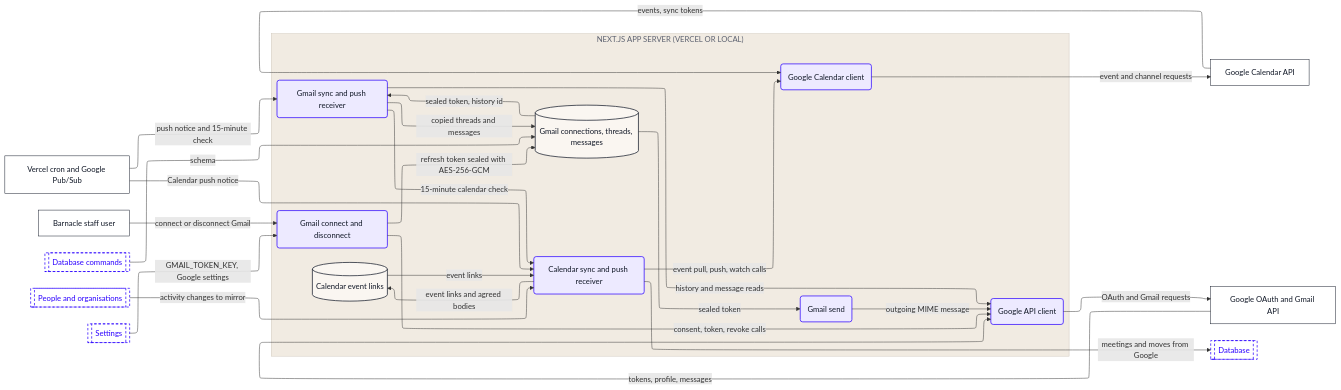
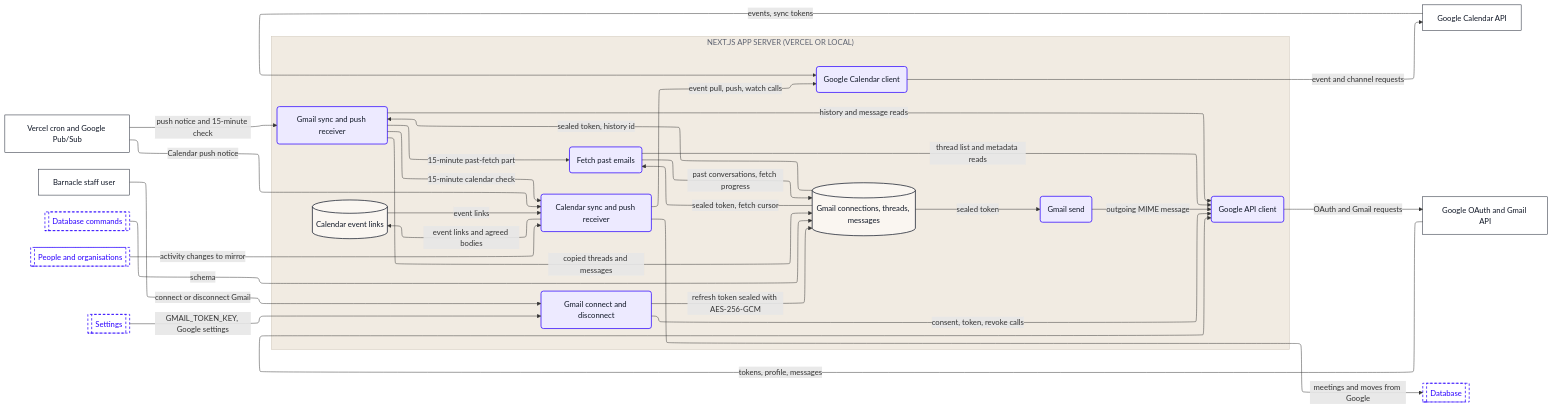
The ninth of 16 diagrams in dataflow/DATAFLOW.md (Romain-Perche/Barnacle-Pipe), drawn with Mermaid before and after one commit. The commit also changed other lines of this file and 7 other files, not shown here.

````diff
--- a/dataflow/DATAFLOW.md
+++ b/dataflow/DATAFLOW.md
@@ -574,58 +574,63 @@
 ```mermaid
 ---
 config:
   layout: elk
 ---
 flowchart LR
     n1["Google Calendar API"]
     n2["Vercel cron and Google Pub/Sub"]
     n3["Google OAuth and Gmail API"]
     n4["Barnacle staff user"]
     subgraph z1["NEXT.JS APP SERVER (VERCEL OR LOCAL)"]
         n5("Google Calendar client")
         n6[("Calendar event links")]
         n7("Calendar sync and push receiver")
         n8("Google API client")
         n9("Gmail connect and disconnect")
-        n10("Gmail send")
-        n11("Gmail sync and push receiver")
-        n12[("Gmail connections, threads, messages")]
+        n10("Fetch past emails")
+        n11("Gmail send")
+        n12("Gmail sync and push receiver")
+        n13[("Gmail connections, threads, messages")]
     end
-    n13[["Database"]]
-    n14[["Database commands"]]
-    n15[["People and organisations"]]
-    n16[["Settings"]]
-    n15 -->|"activity changes to mirror"| n7
+    n14[["Database"]]
+    n15[["Database commands"]]
+    n16[["People and organisations"]]
+    n17[["Settings"]]
+    n16 -->|"activity changes to mirror"| n7
     n1 -->|"events, sync tokens"| n5
     n5 -->|"event and channel requests"| n1
     n6 -->|"event links"| n7
-    n7 -->|"meetings and moves from Google"| n13
+    n7 -->|"meetings and moves from Google"| n14
     n7 -->|"event pull, push, watch calls"| n5
     n7 -->|"event links and agreed bodies"| n6
     n2 -->|"Calendar push notice"| n7
-    n2 -->|"push notice and 15-minute check"| n11
-    n16 -->|"GMAIL_TOKEN_KEY, Google settings"| n9
+    n2 -->|"push notice and 15-minute check"| n12
+    n17 -->|"GMAIL_TOKEN_KEY, Google settings"| n9
     n3 -->|"tokens, profile, messages"| n8
     n8 -->|"OAuth and Gmail requests"| n3
     n9 -->|"consent, token, revoke calls"| n8
-    n9 -->|"refresh token sealed with AES-256-GCM"| n12
-    n10 -->|"outgoing MIME message"| n8
-    n11 -->|"15-minute calendar check"| n7
-    n11 -->|"history and message reads"| n8
-    n11 -->|"copied threads and messages"| n12
-    n12 -->|"sealed token"| n10
-    n12 -->|"sealed token, history id"| n11
-    n14 -->|"schema"| n12
+    n9 -->|"refresh token sealed with AES-256-GCM"| n13
+    n10 -->|"thread list and metadata reads"| n8
+    n10 -->|"past conversations, fetch progress"| n13
+    n11 -->|"outgoing MIME message"| n8
+    n12 -->|"15-minute calendar check"| n7
+    n12 -->|"history and message reads"| n8
+    n12 -->|"15-minute past-fetch part"| n10
+    n12 -->|"copied threads and messages"| n13
+    n13 -->|"sealed token, fetch cursor"| n10
+    n13 -->|"sealed token"| n11
+    n13 -->|"sealed token, history id"| n12
+    n15 -->|"schema"| n13
     n4 -->|"connect or disconnect Gmail"| n9
     classDef actor fill:#FFFFFF,stroke:#111827,stroke-width:1px,color:#111827
     classDef process fill:#EDEAFF,stroke:#2B00FF,stroke-width:1.5px,color:#111827
     classDef store fill:#FAF6F1,stroke:#111827,stroke-width:1.5px,color:#111827
     classDef zone fill:#1A1A1A,stroke:#1A1A1A,color:#FFFFFF
     classDef group fill:#2B00FF,stroke:#2B00FF,color:#FFFFFF
     classDef stub fill:#FFFFFF,stroke:#2B00FF,stroke-width:1.5px,stroke-dasharray:5 4,color:#2B00FF
     class n1,n2,n3,n4 actor
-    class n5,n7,n8,n9,n10,n11 process
-    class n6,n12 store
-    class n13,n14,n15,n16 stub
+    class n5,n7,n8,n9,n10,n11,n12 process
+    class n6,n13 store
+    class n14,n15,n16,n17 stub
     style z1 fill:#F1EBE2,stroke:#CFC7BB,color:#5D6270
 ```
````
